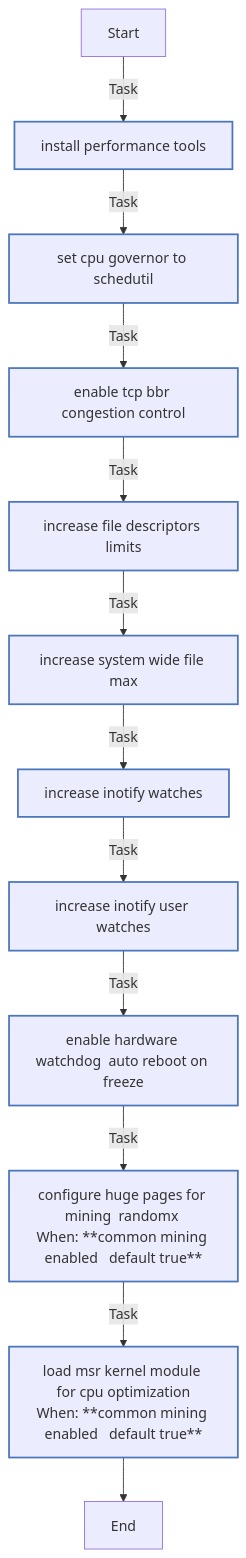
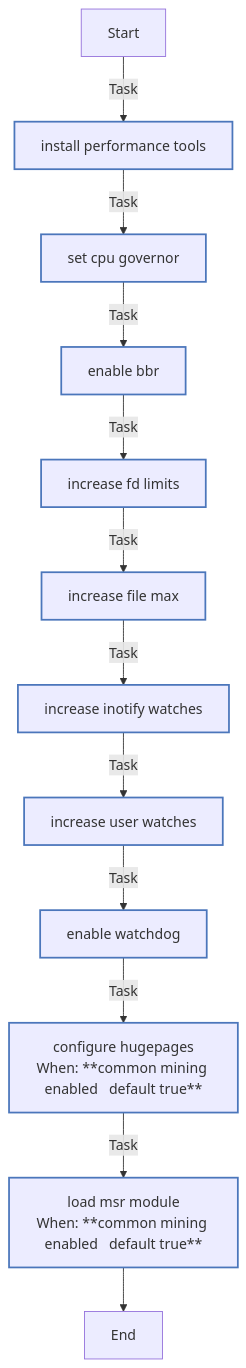
Before and after one commit to rou-cru/k3s-homelab: the eighth of 8 diagrams in roles/common/README.md, drawn with Mermaid. The commit also changed other lines of this file and 16 other files, not shown here.

````diff
--- a/roles/common/README.md
+++ b/roles/common/README.md
@@ -531,24 +531,24 @@
 ```mermaid
 flowchart TD
 Start
 classDef block stroke:#3498db,stroke-width:2px;
 classDef task stroke:#4b76bb,stroke-width:2px;
 classDef includeTasks stroke:#16a085,stroke-width:2px;
 classDef importTasks stroke:#34495e,stroke-width:2px;
 classDef includeRole stroke:#2980b9,stroke-width:2px;
 classDef importRole stroke:#699ba7,stroke-width:2px;
 classDef includeVars stroke:#8e44ad,stroke-width:2px;
 classDef rescue stroke:#665352,stroke-width:2px;
 
   Start-->|Task| Install_performance_tools0[install performance tools]:::task
-  Install_performance_tools0-->|Task| Set_CPU_Governor_to_Schedutil1[set cpu governor to schedutil]:::task
-  Set_CPU_Governor_to_Schedutil1-->|Task| Enable_TCP_BBR_Congestion_Control2[enable tcp bbr congestion control]:::task
-  Enable_TCP_BBR_Congestion_Control2-->|Task| Increase_File_Descriptors_Limits3[increase file descriptors limits]:::task
-  Increase_File_Descriptors_Limits3-->|Task| Increase_System_wide_File_Max4[increase system wide file max]:::task
-  Increase_System_wide_File_Max4-->|Task| Increase_Inotify_Watches5[increase inotify watches]:::task
-  Increase_Inotify_Watches5-->|Task| Increase_Inotify_User_Watches6[increase inotify user watches]:::task
-  Increase_Inotify_User_Watches6-->|Task| Enable_Hardware_Watchdog__Auto_reboot_on_freeze_7[enable hardware watchdog  auto reboot on freeze ]:::task
-  Enable_Hardware_Watchdog__Auto_reboot_on_freeze_7-->|Task| Configure_Huge_Pages_for_mining__RandomX_8[configure huge pages for mining  randomx <br>When: **common mining enabled   default true**]:::task
-  Configure_Huge_Pages_for_mining__RandomX_8-->|Task| Load_MSR_kernel_module_for_CPU_optimization9[load msr kernel module for cpu optimization<br>When: **common mining enabled   default true**]:::task
-  Load_MSR_kernel_module_for_CPU_optimization9-->End
+  Install_performance_tools0-->|Task| Set_CPU_governor1[set cpu governor]:::task
+  Set_CPU_governor1-->|Task| Enable_BBR2[enable bbr]:::task
+  Enable_BBR2-->|Task| Increase_FD_limits3[increase fd limits]:::task
+  Increase_FD_limits3-->|Task| Increase_file_max4[increase file max]:::task
+  Increase_file_max4-->|Task| Increase_inotify_watches5[increase inotify watches]:::task
+  Increase_inotify_watches5-->|Task| Increase_user_watches6[increase user watches]:::task
+  Increase_user_watches6-->|Task| Enable_watchdog7[enable watchdog]:::task
+  Enable_watchdog7-->|Task| Configure_hugepages8[configure hugepages<br>When: **common mining enabled   default true**]:::task
+  Configure_hugepages8-->|Task| Load_MSR_module9[load msr module<br>When: **common mining enabled   default true**]:::task
+  Load_MSR_module9-->End
 ```
````
